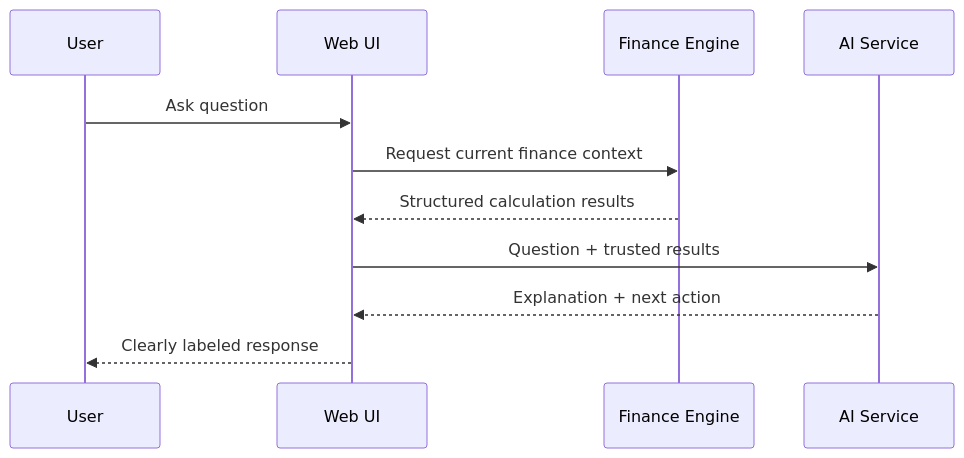
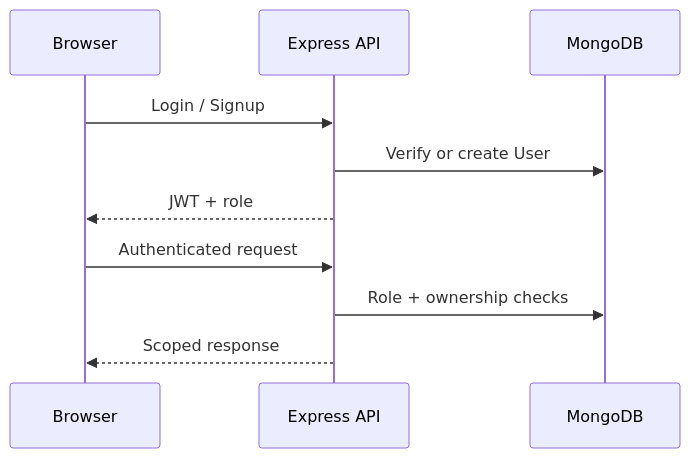
Before and after one commit to Hulk-oss/Sample-app: the second of 3 diagrams in ARCHITECTURE.md, drawn with Mermaid. The commit also changed other lines of this file, not shown here.

Commit message:
Document two-sided SaaS architecture

````diff
--- a/ARCHITECTURE.md
+++ b/ARCHITECTURE.md
@@ -27,13 +49,12 @@
 ```mermaid
 sequenceDiagram
- participant U as User
- participant UI as Web UI
- participant F as Finance Engine
- participant A as AI Service
- U->>UI: Ask question
- UI->>F: Request current finance context
- F-->>UI: Structured calculation results
- UI->>A: Question + trusted results
- A-->>UI: Explanation + next action
- UI-->>U: Clearly labeled response
+ participant B as Browser
+ participant API as Express API
+ participant DB as MongoDB
+ B->>API: Login / Signup
+ API->>DB: Verify or create User
+ API-->>B: JWT + role
+ B->>API: Authenticated request
+ API->>DB: Role + ownership checks
+ API-->>B: Scoped response
 ```
````
